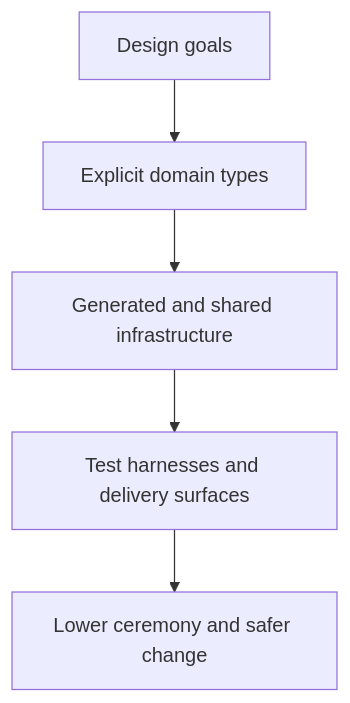
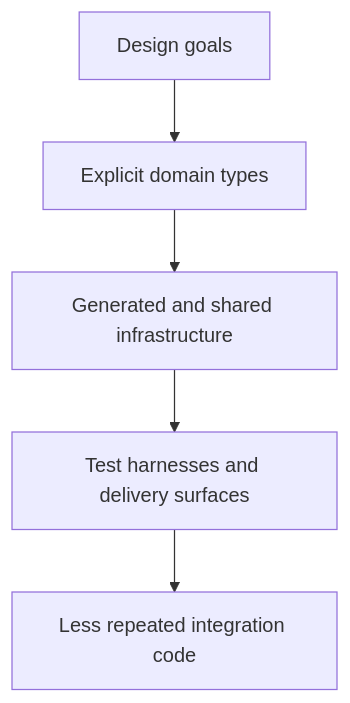
One commit to Gibbs-Morris/mississippi changed the diagram in docs/Docusaurus/docs/concepts/design-goals-and-trade-offs.md. Above: the diagram before and after it, drawn with Mermaid. The commit also changed other lines of this file and 38 other files, not shown here.

````diff
--- a/docs/Docusaurus/docs/concepts/design-goals-and-trade-offs.md
+++ b/docs/Docusaurus/docs/concepts/design-goals-and-trade-offs.md
@@ -48,7 +53,7 @@
 ```mermaid
 flowchart TB
     G[Design goals] --> D[Explicit domain types]
     D --> GEN[Generated and shared infrastructure]
     GEN --> T[Test harnesses and delivery surfaces]
-    T --> O[Lower ceremony and safer change]
+    T --> O[Less repeated integration code]
 ```
````
